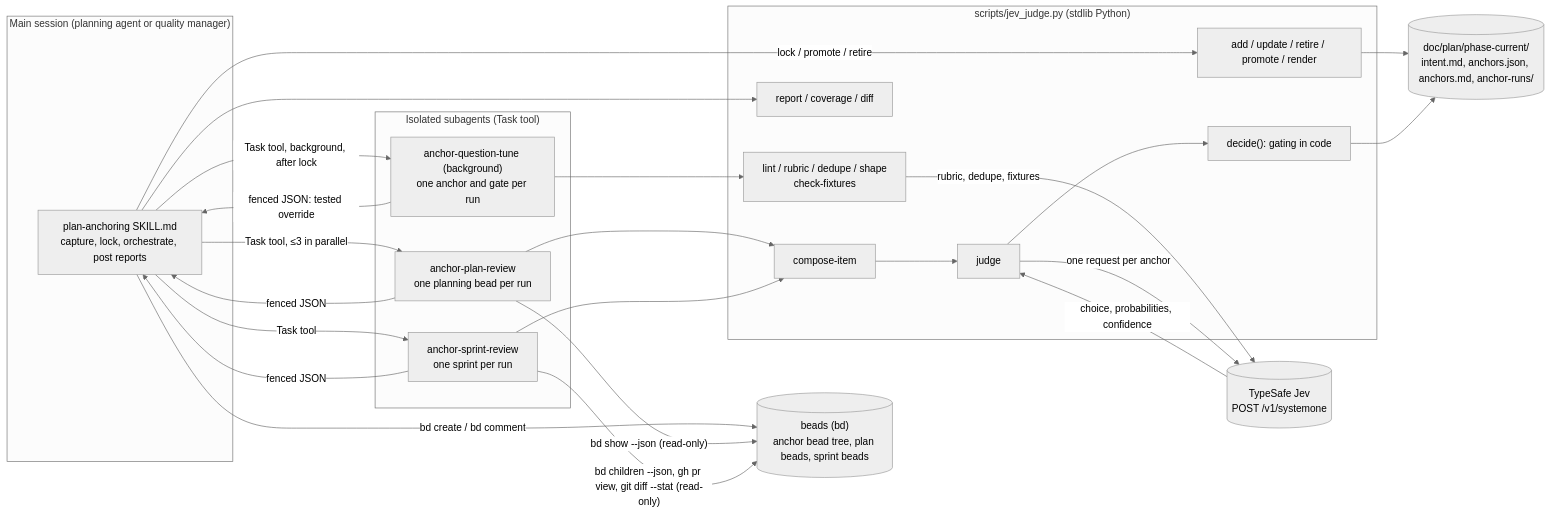
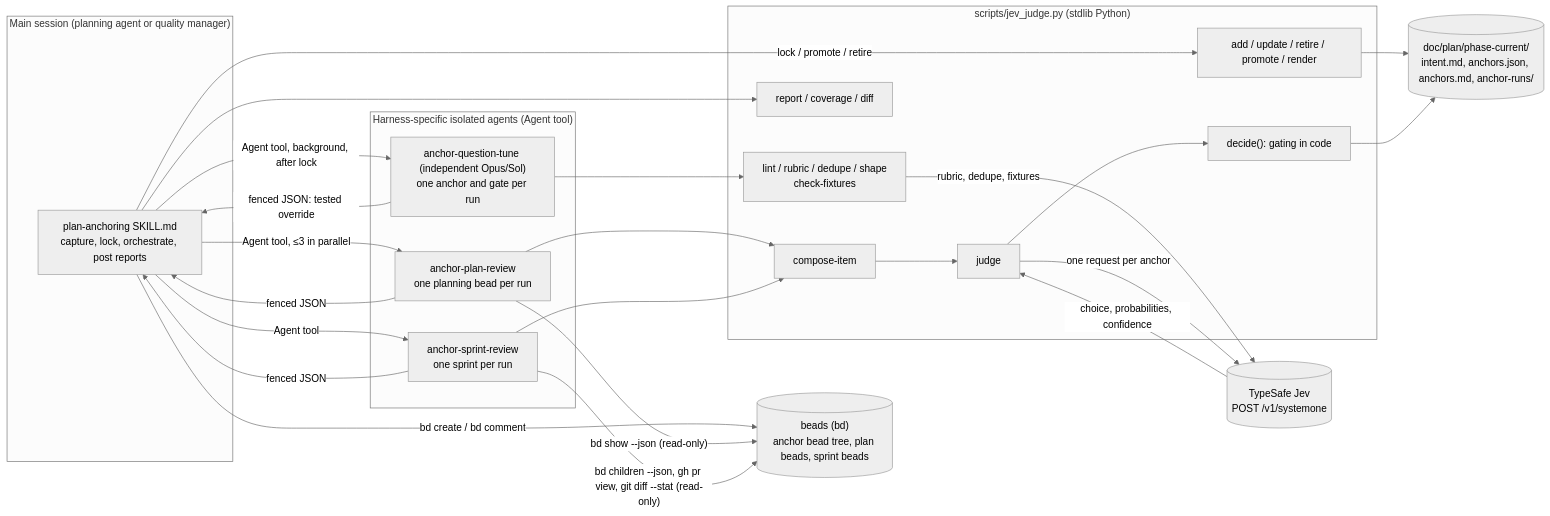
The first of 5 diagrams in docs/design/architecture-and-call-graphs.md (ehrvs/plan-anchor), drawn with Mermaid (neutral theme) before and after one commit. The commit also changed other lines of this file and 32 other files, not shown here.

Commit message:
feat(plan-anchor): add independent harness-specific tuning

````diff
--- a/docs/design/architecture-and-call-graphs.md
+++ b/docs/design/architecture-and-call-graphs.md
@@ -11,45 +11,45 @@
 ```mermaid
 flowchart LR
     subgraph Session["Main session (planning agent or quality manager)"]
         Skill["plan-anchoring SKILL.md<br/>capture, lock, orchestrate, post reports"]
     end
 
-    subgraph Agents["Isolated subagents (Task tool)"]
+    subgraph Agents["Harness-specific isolated agents (Agent tool)"]
         PlanAgent["anchor-plan-review<br/>one planning bead per run"]
         SprintAgent["anchor-sprint-review<br/>one sprint per run"]
-        Tuner["anchor-question-tune (background)<br/>one anchor and gate per run"]
+        Tuner["anchor-question-tune (independent Opus/Sol)<br/>one anchor and gate per run"]
     end
 
     subgraph Script["scripts/jev_judge.py (stdlib Python)"]
         Compose["compose-item"]
         Judge["judge"]
         Gate["decide(): gating in code"]
         Report["report / coverage / diff"]
         Record["add / update / retire / promote / render"]
         Quality["lint / rubric / dedupe / shape<br/>check-fixtures"]
     end
 
     Jev[("TypeSafe Jev<br/>POST /v1/systemone")]
     Beads[("beads (bd)<br/>anchor bead tree, plan beads, sprint beads")]
     Docs[("doc/plan/phase-current/<br/>intent.md, anchors.json, anchors.md, anchor-runs/")]
 
     Skill -- "lock / promote / retire" --> Record
     Record --> Docs
     Skill -- "bd create / bd comment" --> Beads
-    Skill -- "Task tool, ≤3 in parallel" --> PlanAgent
-    Skill -- "Task tool" --> SprintAgent
-    Skill -- "Task tool, background, after lock" --> Tuner
+    Skill -- "Agent tool, ≤3 in parallel" --> PlanAgent
+    Skill -- "Agent tool" --> SprintAgent
+    Skill -- "Agent tool, background, after lock" --> Tuner
     Tuner --> Quality
     Quality -- "rubric, dedupe, fixtures" --> Jev
     Tuner -- "fenced JSON: tested override" --> Skill
     PlanAgent -- "bd show --json (read-only)" --> Beads
     SprintAgent -- "bd children --json, gh pr view, git diff --stat (read-only)" --> Beads
     PlanAgent --> Compose --> Judge
     SprintAgent --> Compose
     Judge -- "one request per anchor" --> Jev
     Jev -- "choice, probabilities, confidence" --> Judge
     Judge --> Gate --> Docs
     PlanAgent -- "fenced JSON" --> Skill
     SprintAgent -- "fenced JSON" --> Skill
     Skill --> Report
 ```
````
